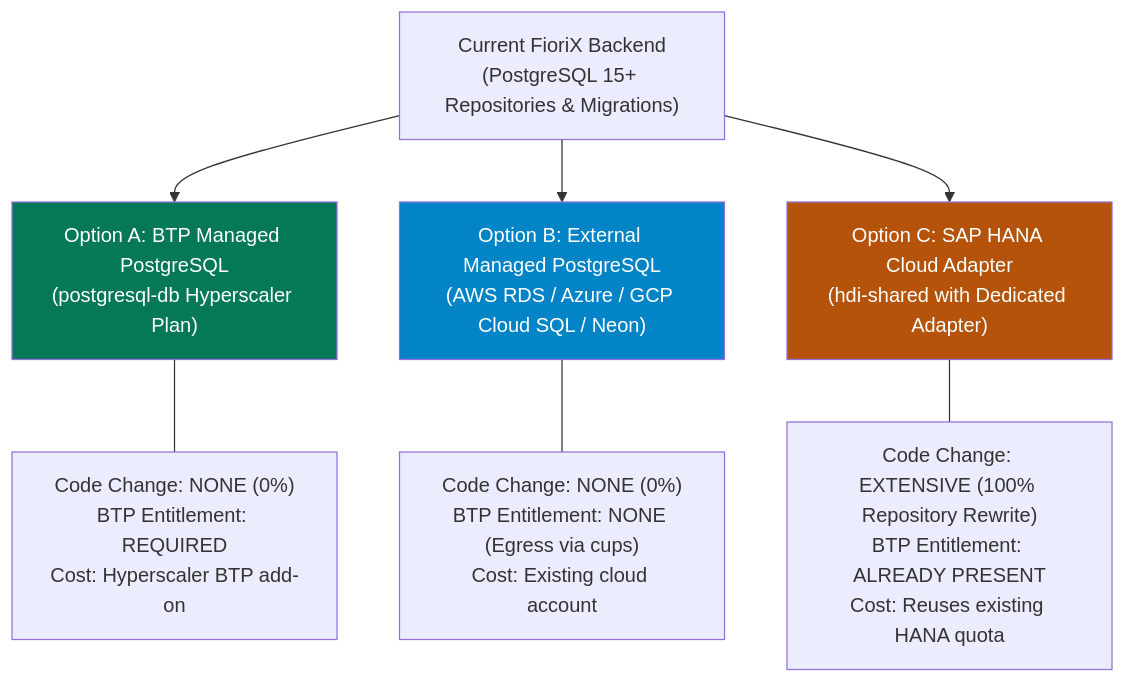
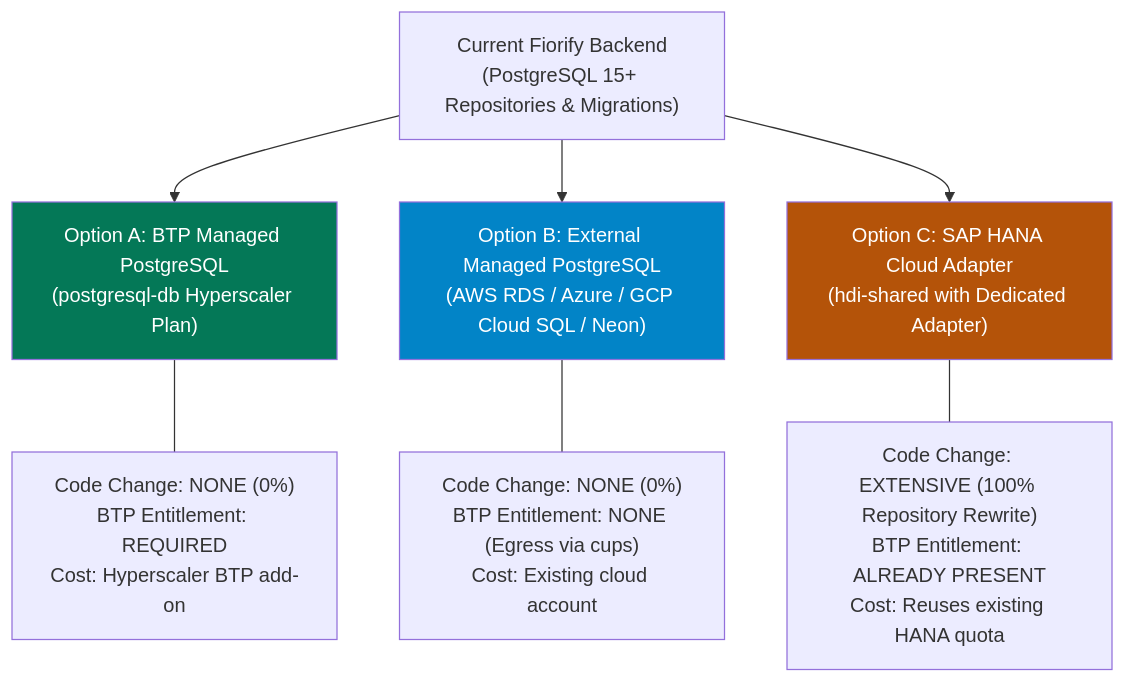
Before and after one commit to samarth092005/Firorix: the diagram in docs/foundation/FIORIX_PRODUCTION_DATABASE_DECISION.md, drawn with Mermaid. The commit also changed other lines of this file and 395 other files, not shown here.

````diff
--- a/docs/foundation/FIORIX_PRODUCTION_DATABASE_DECISION.md
+++ b/docs/foundation/FIORIX_PRODUCTION_DATABASE_DECISION.md
@@ -43,16 +43,16 @@
 ```mermaid
 flowchart TD
-    Current["Current FioriX Backend<br>(PostgreSQL 15+ Repositories & Migrations)"]
+    Current["Current Fiorify Backend<br>(PostgreSQL 15+ Repositories & Migrations)"]
     
     Current --> OptA["Option A: BTP Managed PostgreSQL<br>(postgresql-db Hyperscaler Plan)"]
     Current --> OptB["Option B: External Managed PostgreSQL<br>(AWS RDS / Azure / GCP Cloud SQL / Neon)"]
     Current --> OptC["Option C: SAP HANA Cloud Adapter<br>(hdi-shared with Dedicated Adapter)"]
 
     OptA --- EvalA["Code Change: NONE (0%)<br>BTP Entitlement: REQUIRED<br>Cost: Hyperscaler BTP add-on"]
     OptB --- EvalB["Code Change: NONE (0%)<br>BTP Entitlement: NONE (Egress via cups)<br>Cost: Existing cloud account"]
     OptC --- EvalC["Code Change: EXTENSIVE (100% Repository Rewrite)<br>BTP Entitlement: ALREADY PRESENT<br>Cost: Reuses existing HANA quota"]
 
     style OptA fill:#047857,color:#fff
     style OptB fill:#0284c7,color:#fff
     style OptC fill:#b45309,color:#fff
 ```
````
